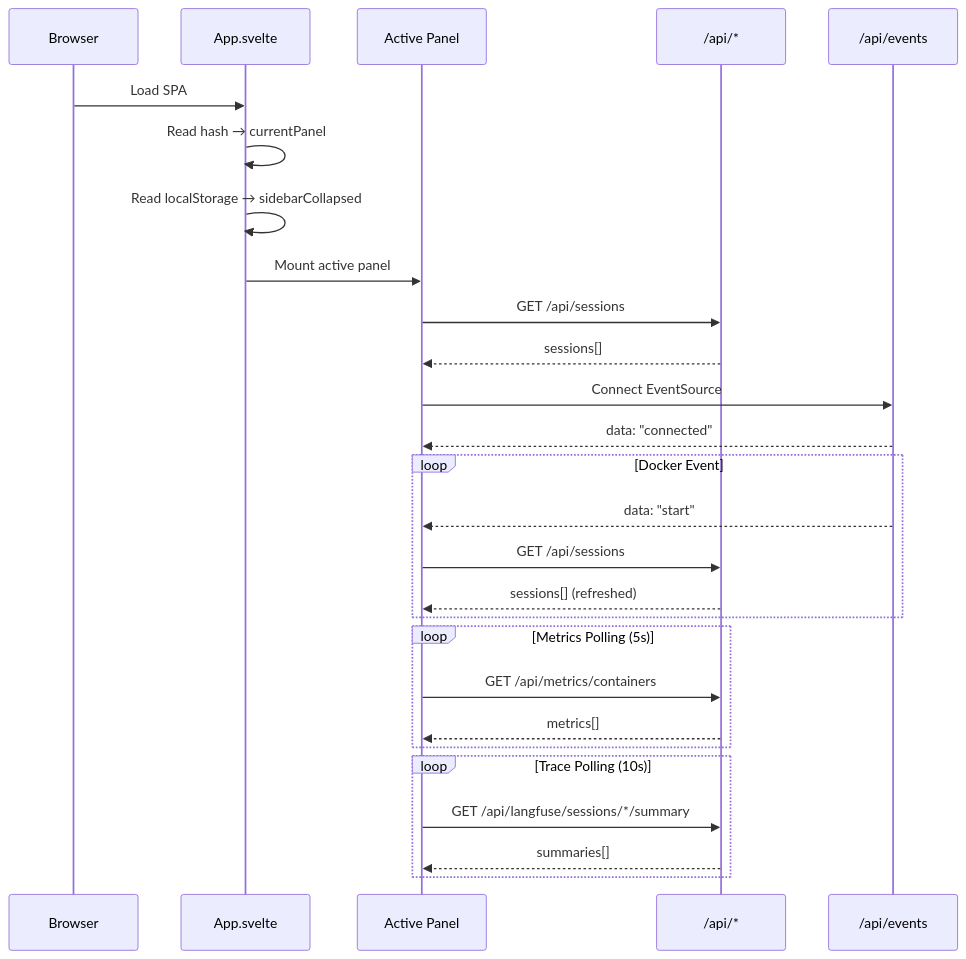
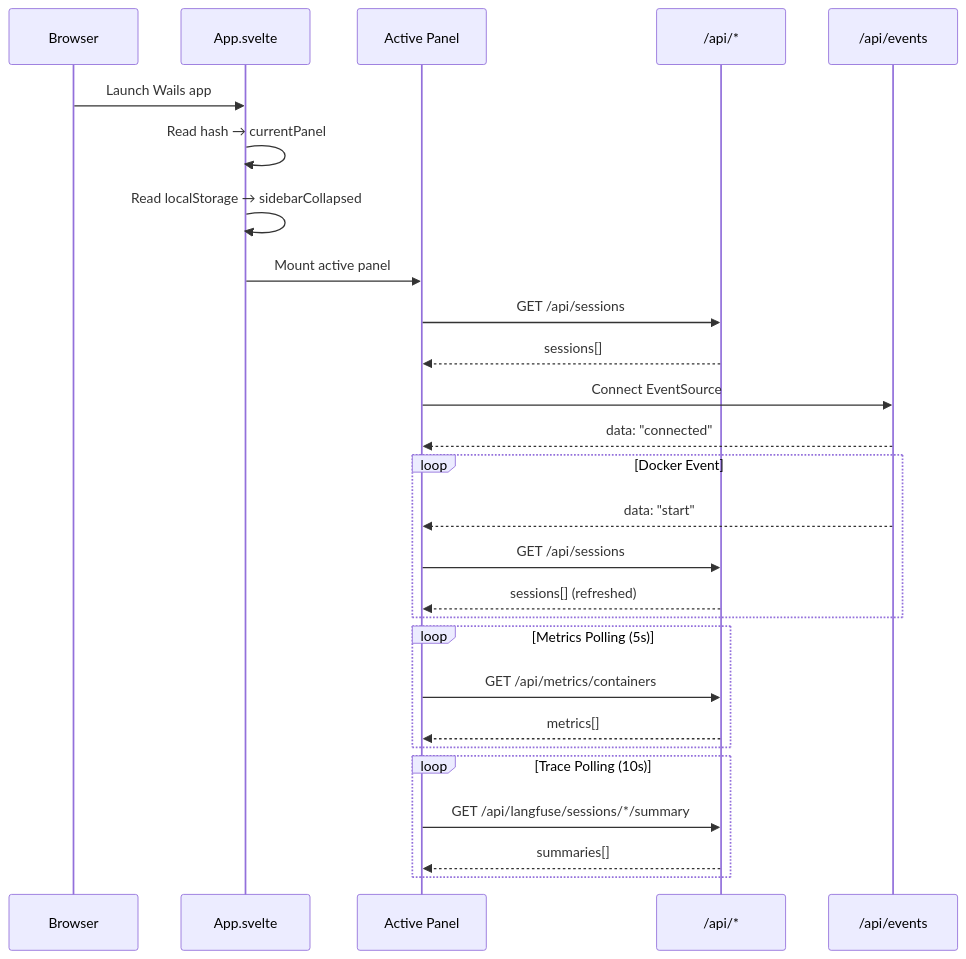
Before and after one commit to neverprepared/phantom-ink: the second of 4 diagrams in docs/brainbox/dashboard.md, drawn with Mermaid. The commit also changed other lines of this file and 12 other files, not shown here.

````diff
--- a/docs/brainbox/dashboard.md
+++ b/docs/brainbox/dashboard.md
@@ -63,35 +63,35 @@
 ```mermaid
 sequenceDiagram
     participant Browser
     participant App as App.svelte
     participant Panel as Active Panel
     participant API as /api/*
     participant SSE as /api/events
 
-    Browser->>App: Load SPA
+    Browser->>App: Launch Wails app
     App->>App: Read hash → currentPanel
     App->>App: Read localStorage → sidebarCollapsed
     App->>Panel: Mount active panel
 
     Panel->>API: GET /api/sessions
     API-->>Panel: sessions[]
 
     Panel->>SSE: Connect EventSource
     SSE-->>Panel: data: "connected"
 
     loop Docker Event
         SSE-->>Panel: data: "start"
         Panel->>API: GET /api/sessions
         API-->>Panel: sessions[] (refreshed)
     end
 
     loop Metrics Polling (5s)
         Panel->>API: GET /api/metrics/containers
         API-->>Panel: metrics[]
     end
 
     loop Trace Polling (10s)
         Panel->>API: GET /api/langfuse/sessions/*/summary
         API-->>Panel: summaries[]
     end
 ```
````
